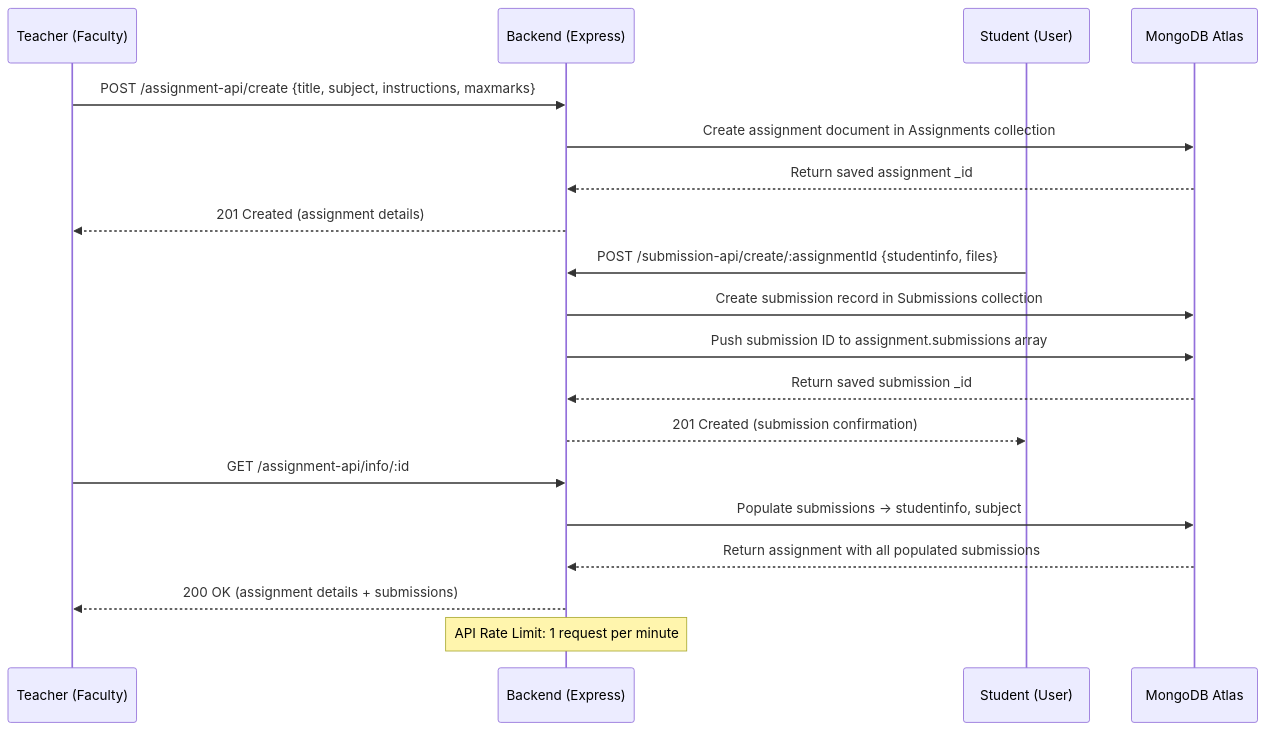
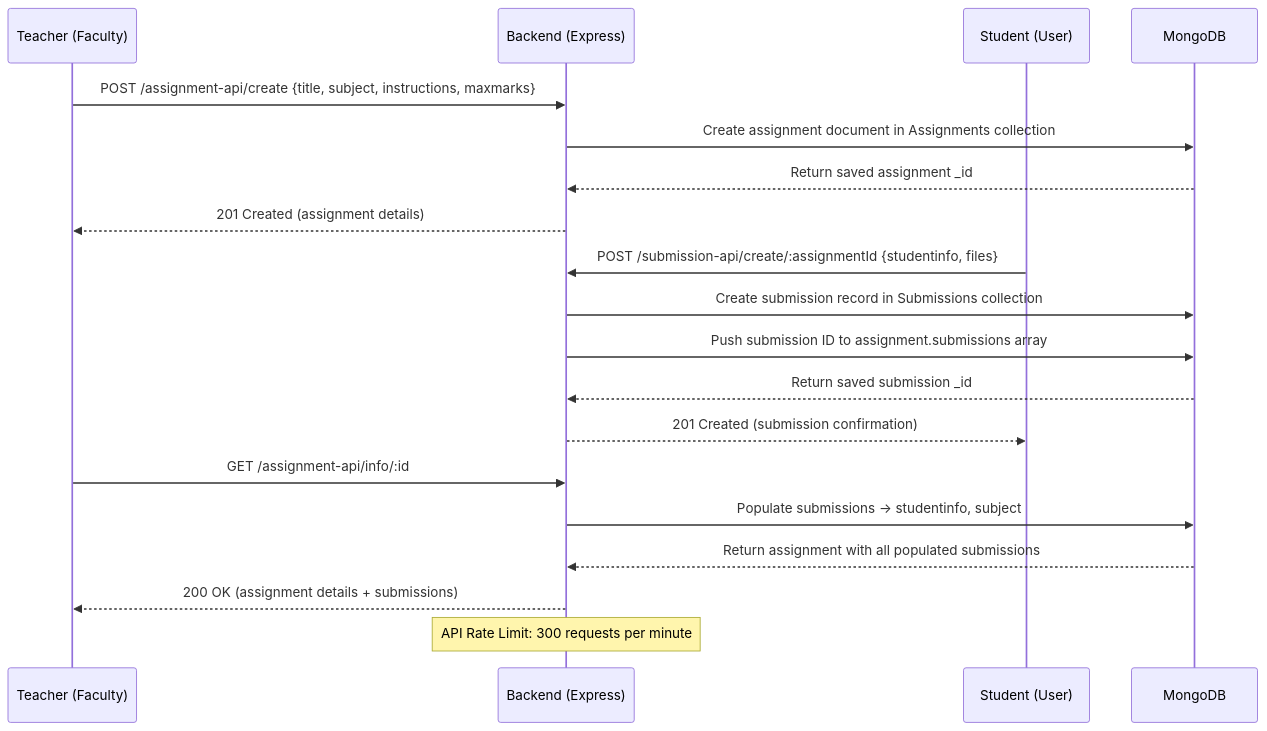
The fourth of 11 diagrams in README.md (Adityamurthy775/CampusFlow), drawn with Mermaid before and after one commit. The commit also changed other lines of this file and 24 other files, not shown here.

````diff
--- a/README.md
+++ b/README.md
@@ -197,25 +251,25 @@
 ```mermaid
 sequenceDiagram
     participant Teacher as Teacher (Faculty)
     participant Backend as Backend (Express)
     participant Student as Student (User)
-    participant Database as MongoDB Atlas
+    participant Database as MongoDB
 
     Teacher->>Backend: POST /assignment-api/create {title, subject, instructions, maxmarks}
     Backend->>Database: Create assignment document in Assignments collection
     Database-->>Backend: Return saved assignment _id
     Backend-->>Teacher: 201 Created (assignment details)
 
     Student->>Backend: POST /submission-api/create/:assignmentId {studentinfo, files}
     Backend->>Database: Create submission record in Submissions collection
     Backend->>Database: Push submission ID to assignment.submissions array
     Database-->>Backend: Return saved submission _id
     Backend-->>Student: 201 Created (submission confirmation)
 
     Teacher->>Backend: GET /assignment-api/info/:id
     Backend->>Database: Populate submissions → studentinfo, subject
     Database-->>Backend: Return assignment with all populated submissions
     Backend-->>Teacher: 200 OK (assignment details + submissions)
 
-    Note over Backend: API Rate Limit: 1 request per minute
+    Note over Backend: API Rate Limit: 300 requests per minute
 ```
````
